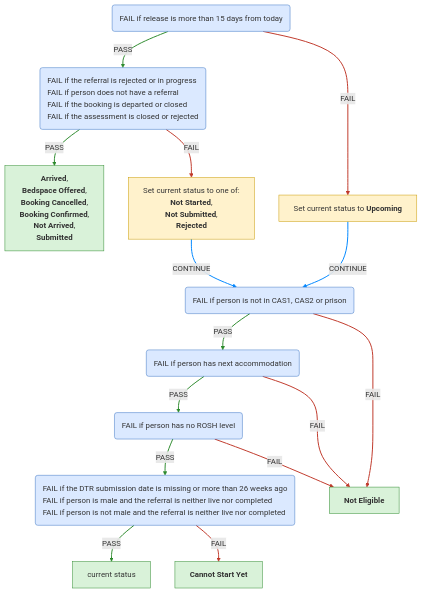
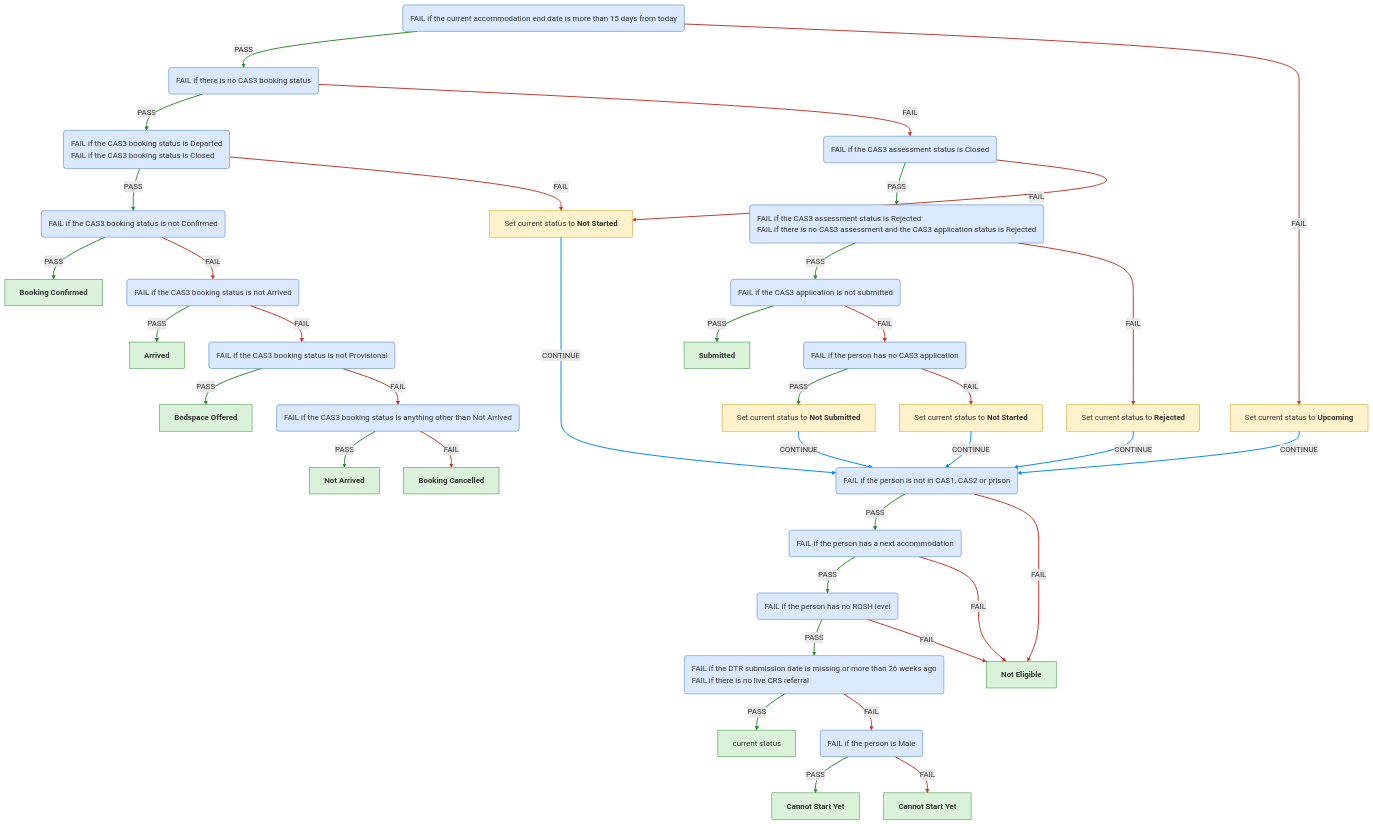
One commit to ministryofjustice/hmpps-single-accommodation-service-api changed the third of 6 diagrams in docs/eligibility-rules-graph.md. Above: the diagram before and after it, drawn with Mermaid. The commit also changed other lines of this file and 74 other files, not shown here.

Commit message:
chore/SAS-1568-Split-context-updater-statuses-CAS3

````diff
--- a/docs/eligibility-rules-graph.md
+++ b/docs/eligibility-rules-graph.md
@@ -450,52 +450,84 @@
 ```mermaid
 %%{init: {"flowchart": {"wrappingWidth": 800}}}%%
 flowchart TD
-  Release_Within_15_Days("<div style='text-align:left'>FAIL if release is more than 15 days from today</div>")
-  CAS3_Referral("<div style='text-align:left'>FAIL if the referral is rejected or in progress
-FAIL if person does not have a referral
-FAIL if the booking is departed or closed
-FAIL if the assessment is closed or rejected</div>")
-  outcome_Cas3ActiveContextUpdater["<b>Arrived</b>,
- <b>Bedspace Offered</b>,
- <b>Booking Cancelled</b>,
- <b>Booking Confirmed</b>,
- <b>Not Arrived</b>,
- <b>Submitted</b>"]
-  Current_Accommodation_Eligible_For_CAS3("<div style='text-align:left'>FAIL if person is not in CAS1, CAS2 or prison</div>")
-  No_Next_Accommodation("<div style='text-align:left'>FAIL if person has next accommodation</div>")
-  ROSH_Eligible("<div style='text-align:left'>FAIL if person has no ROSH level</div>")
-  Prerequisite("<div style='text-align:left'>FAIL if the DTR submission date is missing or more than 26 weeks ago
-FAIL if person is male and the referral is neither live nor completed
-FAIL if person is not male and the referral is neither live nor completed</div>")
+  PASS_if_the_current_accommodation_end_date_is_missing_or_within_15_days_of_today("<div style='text-align:left'>FAIL if the current accommodation end date is more than 15 days from today</div>")
+  PASS_if_there_is_a_CAS3_booking_status("<div style='text-align:left'>FAIL if there is no CAS3 booking status</div>")
+  PASS_if_the_CAS3_booking_status_is_not_Departed_or_Closed("<div style='text-align:left'>FAIL if the CAS3 booking status is Departed
+FAIL if the CAS3 booking status is Closed</div>")
+  PASS_if_the_CAS3_booking_status_is_Confirmed("<div style='text-align:left'>FAIL if the CAS3 booking status is not Confirmed</div>")
+  CAS3_BOOKING_CONFIRMED["<b>Booking Confirmed</b>"]
+  PASS_if_the_CAS3_booking_status_is_Arrived("<div style='text-align:left'>FAIL if the CAS3 booking status is not Arrived</div>")
+  CAS3_ARRIVED["<b>Arrived</b>"]
+  PASS_if_the_CAS3_booking_status_is_Provisional("<div style='text-align:left'>FAIL if the CAS3 booking status is not Provisional</div>")
+  CAS3_BEDSPACE_OFFERED["<b>Bedspace Offered</b>"]
+  PASS_if_the_CAS3_booking_status_is_Not_Arrived("<div style='text-align:left'>FAIL if the CAS3 booking status is anything other than Not Arrived</div>")
+  CAS3_NOT_ARRIVED["<b>Not Arrived</b>"]
+  CAS3_BOOKING_CANCELLED["<b>Booking Cancelled</b>"]
+  PASS_if_the_person_is_in_CAS1__CAS2_or_prison("<div style='text-align:left'>FAIL if the person is not in CAS1, CAS2 or prison</div>")
+  PASS_if_the_person_has_no_next_accommodation("<div style='text-align:left'>FAIL if the person has a next accommodation</div>")
+  PASS_if_the_person_has_a_ROSH_level("<div style='text-align:left'>FAIL if the person has no ROSH level</div>")
+  PASS_if_the_DTR_was_submitted_in_the_last_26_weeks_and_there_is_a_live_CRS_referral("<div style='text-align:left'>FAIL if the DTR submission date is missing or more than 26 weeks ago
+FAIL if there is no live CRS referral</div>")
   confirmed["current status"]
-  outcome_Cas3CannotStartContextUpdater["<b>Cannot Start Yet</b>"]
+  PASS_if_the_person_is_not_Male("<div style='text-align:left'>FAIL if the person is Male</div>")
+  outcome_Cas3CannotStartNotMaleContextUpdater["<b>Cannot Start Yet</b>"]
+  outcome_Cas3CannotStartMaleContextUpdater["<b>Cannot Start Yet</b>"]
   CAS3_NOT_ELIGIBLE["<b>Not Eligible</b>"]
-  updater_Cas3StartContextUpdater_Current_Accommodation_Eligible_For_CAS3["Set current status to one of:
-<b>Not Started</b>,
- <b>Not Submitted</b>,
- <b>Rejected</b>"]
-  updater_Cas3UpcomingContextUpdater_Current_Accommodation_Eligible_For_CAS3["Set current status to <b>Upcoming</b>"]
-  CAS3_Referral -->|PASS| outcome_Cas3ActiveContextUpdater
-  Prerequisite -->|PASS| confirmed
-  Prerequisite -->|FAIL| outcome_Cas3CannotStartContextUpdater
-  ROSH_Eligible -->|PASS| Prerequisite
-  ROSH_Eligible -->|FAIL| CAS3_NOT_ELIGIBLE
-  No_Next_Accommodation -->|PASS| ROSH_Eligible
-  No_Next_Accommodation -->|FAIL| CAS3_NOT_ELIGIBLE
-  Current_Accommodation_Eligible_For_CAS3 -->|PASS| No_Next_Accommodation
-  Current_Accommodation_Eligible_For_CAS3 -->|FAIL| CAS3_NOT_ELIGIBLE
-  CAS3_Referral -->|FAIL| updater_Cas3StartContextUpdater_Current_Accommodation_Eligible_For_CAS3
-  updater_Cas3StartContextUpdater_Current_Accommodation_Eligible_For_CAS3 -->|CONTINUE| Current_Accommodation_Eligible_For_CAS3
-  Release_Within_15_Days -->|PASS| CAS3_Referral
-  Release_Within_15_Days -->|FAIL| updater_Cas3UpcomingContextUpdater_Current_Accommodation_Eligible_For_CAS3
-  updater_Cas3UpcomingContextUpdater_Current_Accommodation_Eligible_For_CAS3 -->|CONTINUE| Current_Accommodation_Eligible_For_CAS3
-  linkStyle 0,1,3,5,7,11 stroke:#2e8b2e,stroke-width:2px
-  linkStyle 2,4,6,8,9,12 stroke:#c0392b,stroke-width:2px
-  linkStyle 10,13 stroke:#0088ff,stroke-width:2px
+  updater_Cas3NotStartedNewContextUpdater_PASS_if_the_person_is_in_CAS1__CAS2_or_prison["Set current status to <b>Not Started</b>"]
+  PASS_if_the_CAS3_assessment_status_is_not_Closed("<div style='text-align:left'>FAIL if the CAS3 assessment status is Closed</div>")
+  PASS_if_the_CAS3_referral_has_not_been_rejected("<div style='text-align:left'>FAIL if the CAS3 assessment status is Rejected
+FAIL if there is no CAS3 assessment and the CAS3 application status is Rejected</div>")
+  PASS_if_the_CAS3_application_is_submitted("<div style='text-align:left'>FAIL if the CAS3 application is not submitted</div>")
+  CAS3_SUBMITTED["<b>Submitted</b>"]
+  PASS_if_a_CAS3_application_exists("<div style='text-align:left'>FAIL if the person has no CAS3 application</div>")
+  updater_Cas3NotSubmittedContextUpdater_PASS_if_the_person_is_in_CAS1__CAS2_or_prison["Set current status to <b>Not Submitted</b>"]
+  updater_Cas3NotStartedContextUpdater_PASS_if_the_person_is_in_CAS1__CAS2_or_prison["Set current status to <b>Not Started</b>"]
+  updater_Cas3RejectedContextUpdater_PASS_if_the_person_is_in_CAS1__CAS2_or_prison["Set current status to <b>Rejected</b>"]
+  updater_Cas3UpcomingContextUpdater_PASS_if_the_person_is_in_CAS1__CAS2_or_prison["Set current status to <b>Upcoming</b>"]
+  PASS_if_the_CAS3_booking_status_is_Confirmed -->|PASS| CAS3_BOOKING_CONFIRMED
+  PASS_if_the_CAS3_booking_status_is_Arrived -->|PASS| CAS3_ARRIVED
+  PASS_if_the_CAS3_booking_status_is_Provisional -->|PASS| CAS3_BEDSPACE_OFFERED
+  PASS_if_the_CAS3_booking_status_is_Not_Arrived -->|PASS| CAS3_NOT_ARRIVED
+  PASS_if_the_CAS3_booking_status_is_Not_Arrived -->|FAIL| CAS3_BOOKING_CANCELLED
+  PASS_if_the_CAS3_booking_status_is_Provisional -->|FAIL| PASS_if_the_CAS3_booking_status_is_Not_Arrived
+  PASS_if_the_CAS3_booking_status_is_Arrived -->|FAIL| PASS_if_the_CAS3_booking_status_is_Provisional
+  PASS_if_the_CAS3_booking_status_is_Confirmed -->|FAIL| PASS_if_the_CAS3_booking_status_is_Arrived
+  PASS_if_the_CAS3_booking_status_is_not_Departed_or_Closed -->|PASS| PASS_if_the_CAS3_booking_status_is_Confirmed
+  PASS_if_the_DTR_was_submitted_in_the_last_26_weeks_and_there_is_a_live_CRS_referral -->|PASS| confirmed
+  PASS_if_the_person_is_not_Male -->|PASS| outcome_Cas3CannotStartNotMaleContextUpdater
+  PASS_if_the_person_is_not_Male -->|FAIL| outcome_Cas3CannotStartMaleContextUpdater
+  PASS_if_the_DTR_was_submitted_in_the_last_26_weeks_and_there_is_a_live_CRS_referral -->|FAIL| PASS_if_the_person_is_not_Male
+  PASS_if_the_person_has_a_ROSH_level -->|PASS| PASS_if_the_DTR_was_submitted_in_the_last_26_weeks_and_there_is_a_live_CRS_referral
+  PASS_if_the_person_has_a_ROSH_level -->|FAIL| CAS3_NOT_ELIGIBLE
+  PASS_if_the_person_has_no_next_accommodation -->|PASS| PASS_if_the_person_has_a_ROSH_level
+  PASS_if_the_person_has_no_next_accommodation -->|FAIL| CAS3_NOT_ELIGIBLE
+  PASS_if_the_person_is_in_CAS1__CAS2_or_prison -->|PASS| PASS_if_the_person_has_no_next_accommodation
+  PASS_if_the_person_is_in_CAS1__CAS2_or_prison -->|FAIL| CAS3_NOT_ELIGIBLE
+  PASS_if_the_CAS3_booking_status_is_not_Departed_or_Closed -->|FAIL| updater_Cas3NotStartedNewContextUpdater_PASS_if_the_person_is_in_CAS1__CAS2_or_prison
+  updater_Cas3NotStartedNewContextUpdater_PASS_if_the_person_is_in_CAS1__CAS2_or_prison -->|CONTINUE| PASS_if_the_person_is_in_CAS1__CAS2_or_prison
+  PASS_if_there_is_a_CAS3_booking_status -->|PASS| PASS_if_the_CAS3_booking_status_is_not_Departed_or_Closed
+  PASS_if_the_CAS3_application_is_submitted -->|PASS| CAS3_SUBMITTED
+  PASS_if_a_CAS3_application_exists -->|PASS| updater_Cas3NotSubmittedContextUpdater_PASS_if_the_person_is_in_CAS1__CAS2_or_prison
+  updater_Cas3NotSubmittedContextUpdater_PASS_if_the_person_is_in_CAS1__CAS2_or_prison -->|CONTINUE| PASS_if_the_person_is_in_CAS1__CAS2_or_prison
+  PASS_if_a_CAS3_application_exists -->|FAIL| updater_Cas3NotStartedContextUpdater_PASS_if_the_person_is_in_CAS1__CAS2_or_prison
+  updater_Cas3NotStartedContextUpdater_PASS_if_the_person_is_in_CAS1__CAS2_or_prison -->|CONTINUE| PASS_if_the_person_is_in_CAS1__CAS2_or_prison
+  PASS_if_the_CAS3_application_is_submitted -->|FAIL| PASS_if_a_CAS3_application_exists
+  PASS_if_the_CAS3_referral_has_not_been_rejected -->|PASS| PASS_if_the_CAS3_application_is_submitted
+  PASS_if_the_CAS3_referral_has_not_been_rejected -->|FAIL| updater_Cas3RejectedContextUpdater_PASS_if_the_person_is_in_CAS1__CAS2_or_prison
+  updater_Cas3RejectedContextUpdater_PASS_if_the_person_is_in_CAS1__CAS2_or_prison -->|CONTINUE| PASS_if_the_person_is_in_CAS1__CAS2_or_prison
+  PASS_if_the_CAS3_assessment_status_is_not_Closed -->|PASS| PASS_if_the_CAS3_referral_has_not_been_rejected
+  PASS_if_the_CAS3_assessment_status_is_not_Closed -->|FAIL| updater_Cas3NotStartedNewContextUpdater_PASS_if_the_person_is_in_CAS1__CAS2_or_prison
+  PASS_if_there_is_a_CAS3_booking_status -->|FAIL| PASS_if_the_CAS3_assessment_status_is_not_Closed
+  PASS_if_the_current_accommodation_end_date_is_missing_or_within_15_days_of_today -->|PASS| PASS_if_there_is_a_CAS3_booking_status
+  PASS_if_the_current_accommodation_end_date_is_missing_or_within_15_days_of_today -->|FAIL| updater_Cas3UpcomingContextUpdater_PASS_if_the_person_is_in_CAS1__CAS2_or_prison
+  updater_Cas3UpcomingContextUpdater_PASS_if_the_person_is_in_CAS1__CAS2_or_prison -->|CONTINUE| PASS_if_the_person_is_in_CAS1__CAS2_or_prison
+  linkStyle 0,1,2,3,8,9,10,13,15,17,21,22,23,28,31,34 stroke:#2e8b2e,stroke-width:2px
+  linkStyle 4,5,6,7,11,12,14,16,18,19,25,27,29,32,33,35 stroke:#c0392b,stroke-width:2px
+  linkStyle 20,24,26,30,36 stroke:#0088ff,stroke-width:2px
   classDef ruleSetNode fill:#dbe9ff,stroke:#3b73c4,color:#333
   classDef outcomeNode fill:#d9f2d9,stroke:#2e8b2e,color:#333
   classDef updaterNode fill:#fff2cc,stroke:#c99a00,color:#333
-  class Release_Within_15_Days,CAS3_Referral,Current_Accommodation_Eligible_For_CAS3,No_Next_Accommodation,ROSH_Eligible,Prerequisite ruleSetNode
-  class outcome_Cas3ActiveContextUpdater,confirmed,outcome_Cas3CannotStartContextUpdater,CAS3_NOT_ELIGIBLE outcomeNode
-  class updater_Cas3StartContextUpdater_Current_Accommodation_Eligible_For_CAS3,updater_Cas3UpcomingContextUpdater_Current_Accommodation_Eligible_For_CAS3 updaterNode
+  class PASS_if_the_current_accommodation_end_date_is_missing_or_within_15_days_of_today,PASS_if_there_is_a_CAS3_booking_status,PASS_if_the_CAS3_booking_status_is_not_Departed_or_Closed,PASS_if_the_CAS3_booking_status_is_Confirmed,PASS_if_the_CAS3_booking_status_is_Arrived,PASS_if_the_CAS3_booking_status_is_Provisional,PASS_if_the_CAS3_booking_status_is_Not_Arrived,PASS_if_the_person_is_in_CAS1__CAS2_or_prison,PASS_if_the_person_has_no_next_accommodation,PASS_if_the_person_has_a_ROSH_level,PASS_if_the_DTR_was_submitted_in_the_last_26_weeks_and_there_is_a_live_CRS_referral,PASS_if_the_person_is_not_Male,PASS_if_the_CAS3_assessment_status_is_not_Closed,PASS_if_the_CAS3_referral_has_not_been_rejected,PASS_if_the_CAS3_application_is_submitted,PASS_if_a_CAS3_application_exists ruleSetNode
+  class CAS3_BOOKING_CONFIRMED,CAS3_ARRIVED,CAS3_BEDSPACE_OFFERED,CAS3_NOT_ARRIVED,CAS3_BOOKING_CANCELLED,confirmed,outcome_Cas3CannotStartNotMaleContextUpdater,outcome_Cas3CannotStartMaleContextUpdater,CAS3_NOT_ELIGIBLE,CAS3_SUBMITTED outcomeNode
+  class updater_Cas3NotStartedNewContextUpdater_PASS_if_the_person_is_in_CAS1__CAS2_or_prison,updater_Cas3NotSubmittedContextUpdater_PASS_if_the_person_is_in_CAS1__CAS2_or_prison,updater_Cas3NotStartedContextUpdater_PASS_if_the_person_is_in_CAS1__CAS2_or_prison,updater_Cas3RejectedContextUpdater_PASS_if_the_person_is_in_CAS1__CAS2_or_prison,updater_Cas3UpcomingContextUpdater_PASS_if_the_person_is_in_CAS1__CAS2_or_prison updaterNode
 ```
````
